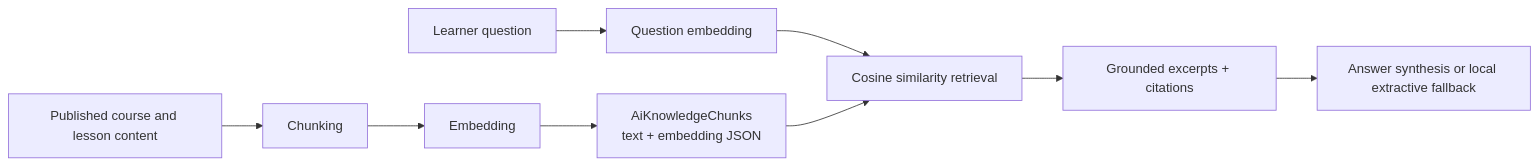
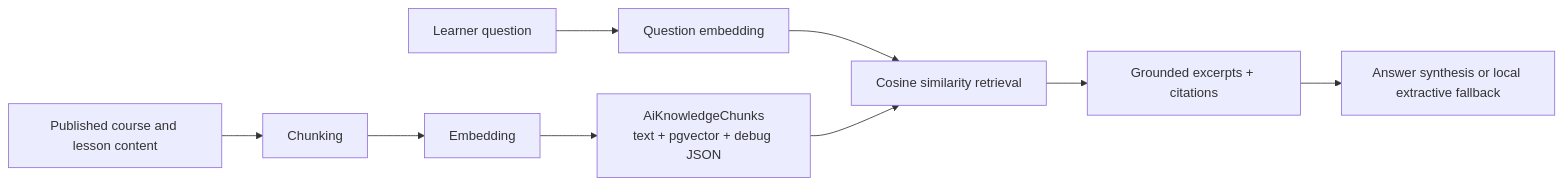
The diagram in docs/ai-rag-foundation.md (caiquangtung/ELearning), drawn with Mermaid before and after one commit. The commit also changed other lines of this file and 9 other files, not shown here.

````diff
--- a/docs/ai-rag-foundation.md
+++ b/docs/ai-rag-foundation.md
@@ -36,12 +36,12 @@
 ```mermaid
 flowchart LR
     Content["Published course and lesson content"] --> Chunking["Chunking"]
     Chunking --> Embedding["Embedding"]
-    Embedding --> Store["AiKnowledgeChunks<br/>text + embedding JSON"]
+    Embedding --> Store["AiKnowledgeChunks<br/>text + pgvector + debug JSON"]
 
     Question["Learner question"] --> QueryEmbedding["Question embedding"]
     QueryEmbedding --> Retrieval["Cosine similarity retrieval"]
     Store --> Retrieval
     Retrieval --> Context["Grounded excerpts + citations"]
     Context --> Answer["Answer synthesis or local extractive fallback"]
 ```
````
